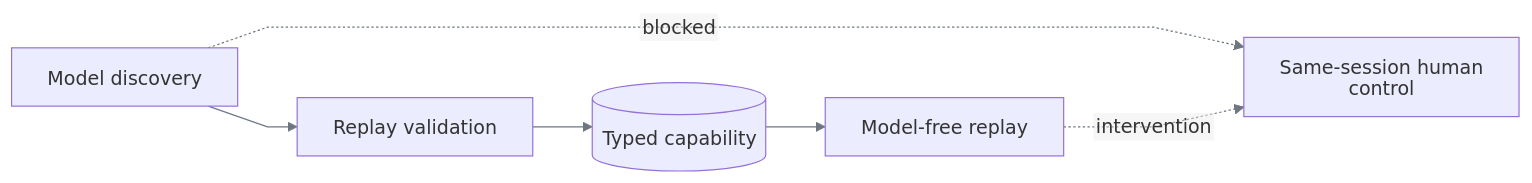
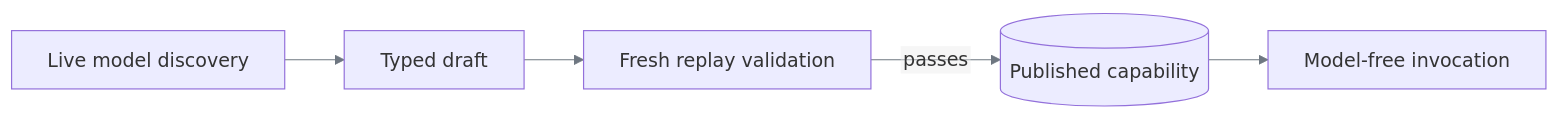
The diagram in REPORT.md (SivaTSS/replay-forge), drawn with Mermaid before and after one commit. The commit also changed other lines of this file and 1 other file, not shown here.

````diff
--- a/REPORT.md
+++ b/REPORT.md
@@ -10,9 +9,8 @@
 ```mermaid
 %%{init: {"htmlLabels":false,"themeVariables":{"lineColor":"#6E7781","signalColor":"#6E7781"},"flowchart":{"curve":"linear"},"sequence":{"wrap":true}}}%%
 flowchart LR
-    D[Model discovery] --> V[Replay validation]
-    V --> A[(Typed capability)]
-    A --> R[Model-free replay]
-    D -. blocked .-> H[Same-session human control]
-    R -. intervention .-> H
+    D[Live model discovery] --> A[Typed draft]
+    A --> V[Fresh replay validation]
+    V -->|passes| P[(Published capability)]
+    P --> R[Model-free invocation]
 ```
````
